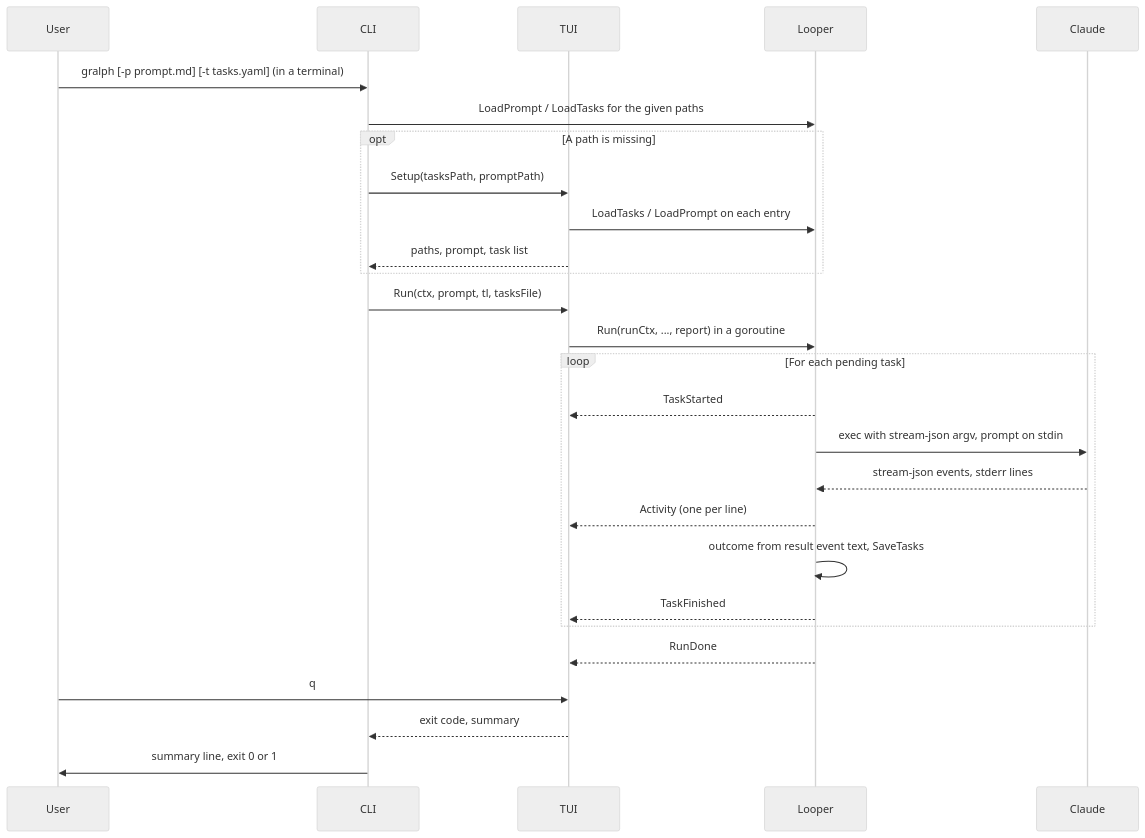
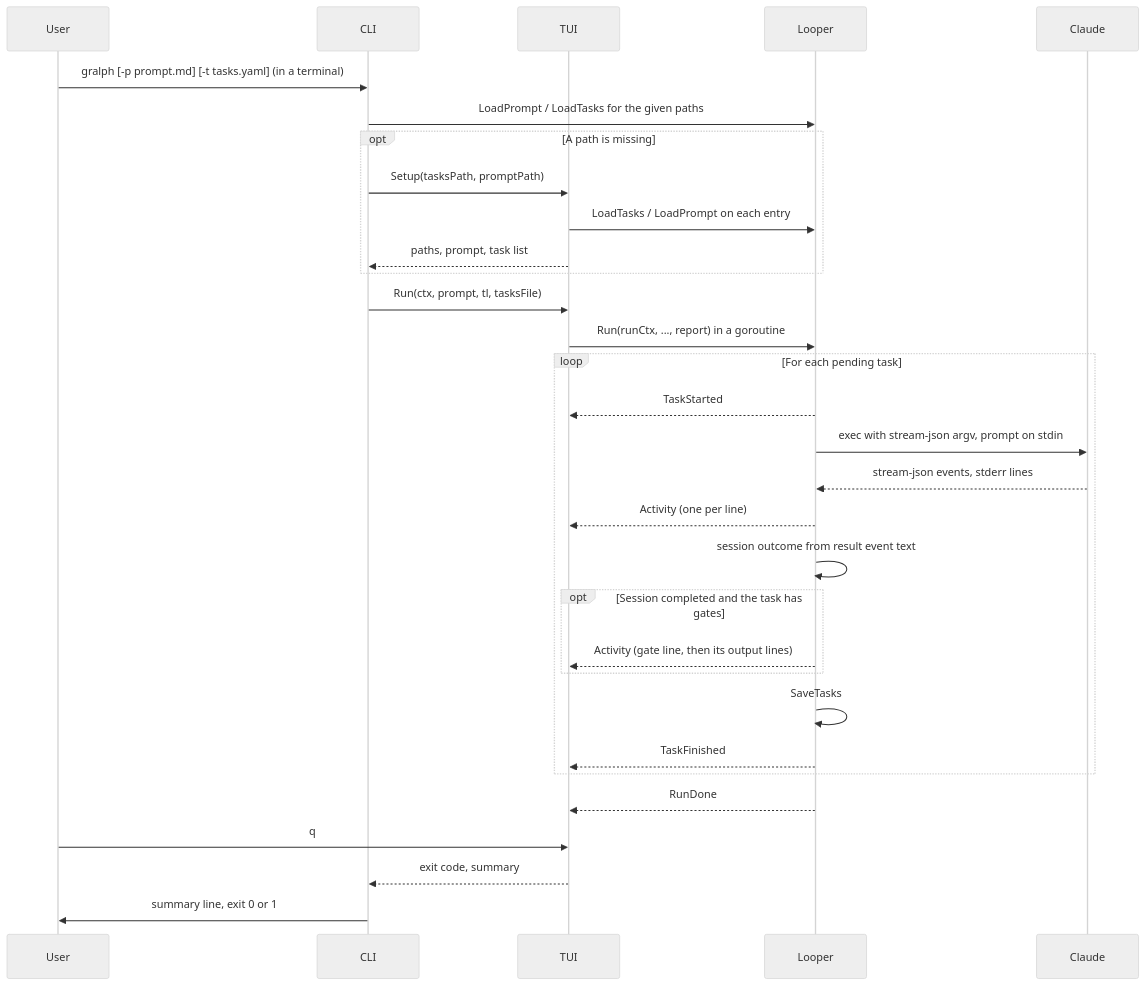
One commit to twistingmercury/gralph changed the third of 6 diagrams in docs/architecture/03_system_architecture.md. Above: the diagram before and after it, drawn with Mermaid (neutral theme). The commit also changed other lines of this file and 18 other files, not shown here.

First line of the commit message:
Task gates: gralph checks a completed task itself (#17)

````diff
--- a/docs/architecture/03_system_architecture.md
+++ b/docs/architecture/03_system_architecture.md
@@ -219,30 +248,34 @@
 ```mermaid
 sequenceDiagram
     participant User
     participant CLI
     participant TUI
     participant Looper
     participant Claude
 
     User->>CLI: gralph [-p prompt.md] [-t tasks.yaml] (in a terminal)
     CLI->>Looper: LoadPrompt / LoadTasks for the given paths
     opt A path is missing
         CLI->>TUI: Setup(tasksPath, promptPath)
         TUI->>Looper: LoadTasks / LoadPrompt on each entry
         TUI-->>CLI: paths, prompt, task list
     end
     CLI->>TUI: Run(ctx, prompt, tl, tasksFile)
     TUI->>Looper: Run(runCtx, ..., report) in a goroutine
     loop For each pending task
         Looper-->>TUI: TaskStarted
         Looper->>Claude: exec with stream-json argv, prompt on stdin
         Claude-->>Looper: stream-json events, stderr lines
         Looper-->>TUI: Activity (one per line)
-        Looper->>Looper: outcome from result event text, SaveTasks
+        Looper->>Looper: session outcome from result event text
+        opt Session completed and the task has gates
+            Looper-->>TUI: Activity (gate line, then its output lines)
+        end
+        Looper->>Looper: SaveTasks
         Looper-->>TUI: TaskFinished
     end
     Looper-->>TUI: RunDone
     User->>TUI: q
     TUI-->>CLI: exit code, summary
     CLI->>User: summary line, exit 0 or 1
 ```
````
